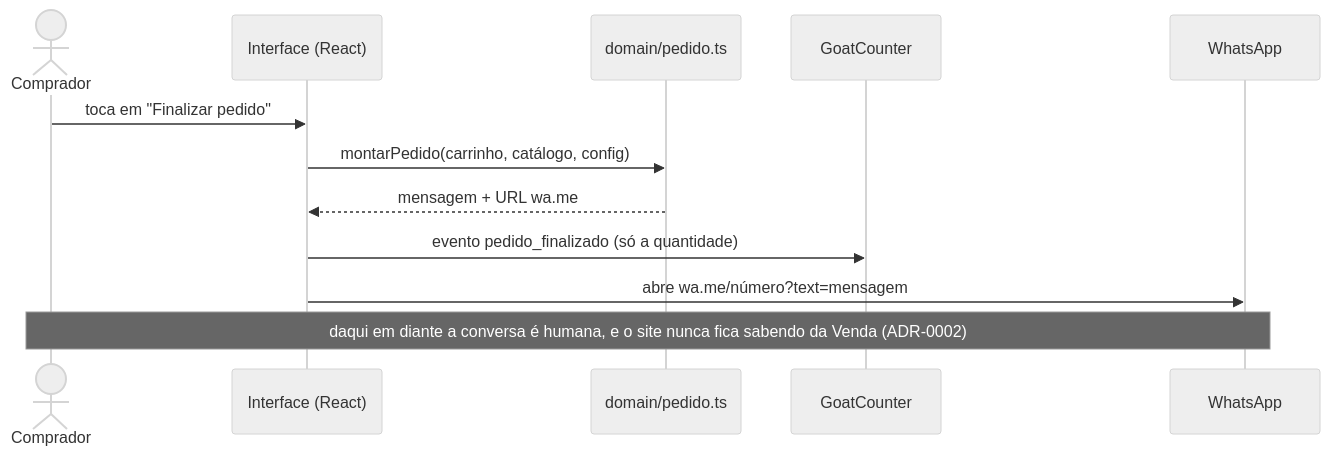
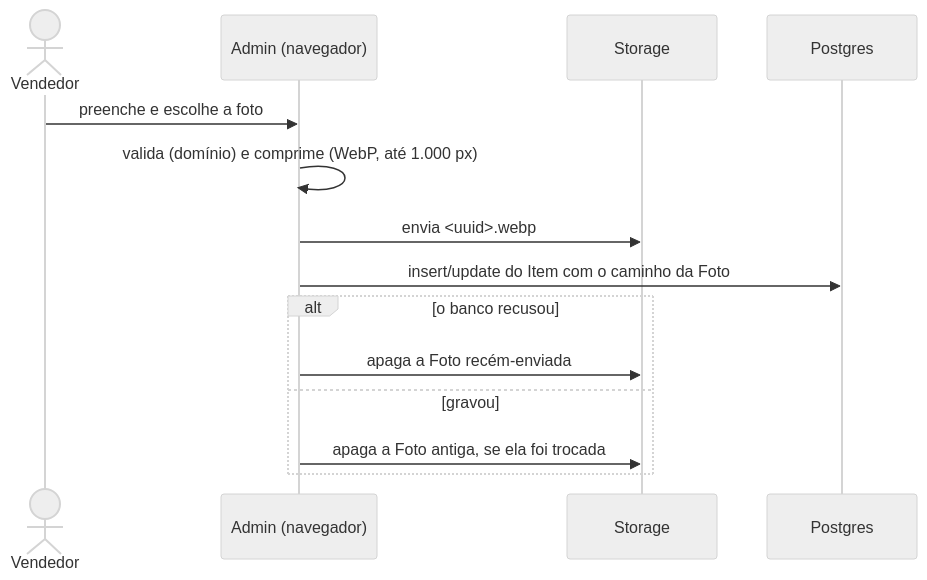
The second of 2 diagrams in docs/system-design.md (EduardoFedeli/albummania), drawn with Mermaid (neutral theme) before and after one commit. The commit also changed other lines of this file and 6 other files, not shown here.

````diff
--- a/docs/system-design.md
+++ b/docs/system-design.md
@@ -204,15 +126,17 @@
 ```mermaid
 sequenceDiagram
-  actor C as Comprador
-  participant UI as Interface (React)
-  participant D as domain/pedido.ts
-  participant A as GoatCounter
-  participant W as WhatsApp
+  actor V as Vendedor
+  participant A as Admin (navegador)
+  participant S as Storage
+  participant D as Postgres
 
-  C->>UI: toca em "Finalizar pedido"
-  UI->>D: montarPedido(carrinho, catálogo, config)
-  D-->>UI: mensagem + URL wa.me
-  UI->>A: evento pedido_finalizado (só a quantidade)
-  UI->>W: abre wa.me/número?text=mensagem
-  Note over C,W: daqui em diante a conversa é humana, e o site nunca fica sabendo da Venda (ADR-0002)
+  V->>A: preenche e escolhe a foto
+  A->>A: valida (domínio) e comprime (WebP, até 1.000 px)
+  A->>S: envia <uuid>.webp
+  A->>D: insert/update do Item com o caminho da Foto
+  alt o banco recusou
+    A->>S: apaga a Foto recém-enviada
+  else gravou
+    A->>S: apaga a Foto antiga, se ela foi trocada
+  end
 ```
````
